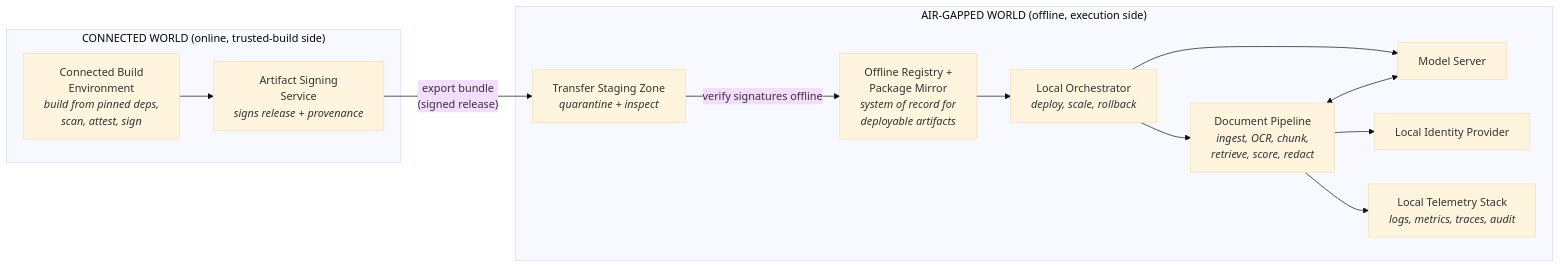
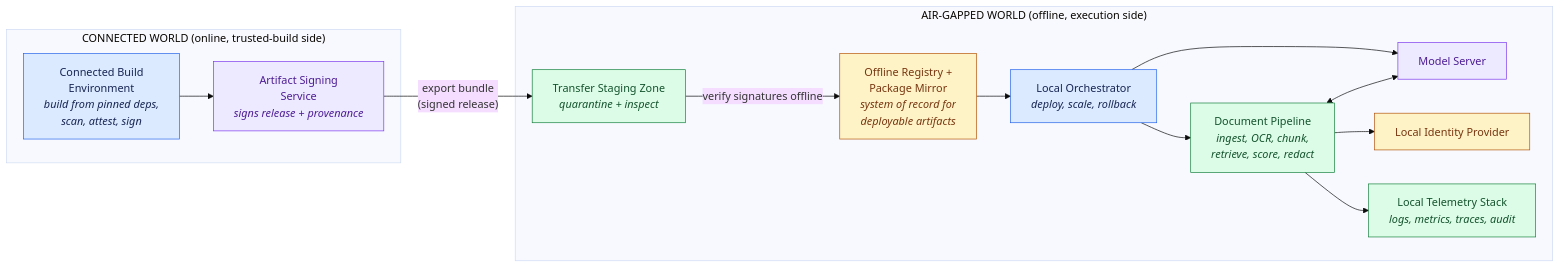
The first of 3 diagrams in site/content/modules/15-fde-case-studies/standalone-designs/air-gapped-ai-system/tutorial-v2-part-3.md (Sourav692/Forward-Deployed-Engineer-Interview-Prep), drawn with Mermaid (base theme) before and after one commit. The commit also changed other lines of this file and 1268 other files, not shown here.

First line of the commit message:
content: polish Casebook writing and Mermaid diagrams (#251)

````diff
--- a/site/content/modules/15-fde-case-studies/standalone-designs/air-gapped-ai-system/tutorial-v2-part-3.md
+++ b/site/content/modules/15-fde-case-studies/standalone-designs/air-gapped-ai-system/tutorial-v2-part-3.md
@@ -34,28 +34,38 @@
 ```mermaid
 flowchart LR
     subgraph Online["CONNECTED WORLD (online, trusted-build side)"]
         CBE["Connected Build<br/>Environment<br/><i>build from pinned deps,<br/>scan, attest, sign</i>"]
         ASS["Artifact Signing<br/>Service<br/><i>signs release + provenance</i>"]
         CBE --> ASS
     end
 
     ASS -- "export bundle<br/>(signed release)" --> TSZ
 
     subgraph Offline["AIR-GAPPED WORLD (offline, execution side)"]
         TSZ["Transfer Staging Zone<br/><i>quarantine + inspect</i>"]
         ORP["Offline Registry +<br/>Package Mirror<br/><i>system of record for<br/>deployable artifacts</i>"]
         LO["Local Orchestrator<br/><i>deploy, scale, rollback</i>"]
         MS["Model Server"]
         DP["Document Pipeline<br/><i>ingest, OCR, chunk,<br/>retrieve, score, redact</i>"]
         LIP["Local Identity Provider"]
         LTS["Local Telemetry Stack<br/><i>logs, metrics, traces, audit</i>"]
 
         TSZ -->|"verify signatures offline"| ORP
         ORP --> LO
         LO --> MS
         LO --> DP
         DP <--> MS
         DP --> LIP
         DP --> LTS
     end
+
+    %% Casebook colours: entry, reasoning, results, controls, and stopped paths.
+    classDef cbInput fill:#dbeafe,stroke:#2563eb,color:#172554
+    class CBE,LO cbInput
+    classDef cbReason fill:#ede9fe,stroke:#7c3aed,color:#4c1d95
+    class ASS,MS cbReason
+    classDef cbAction fill:#dcfce7,stroke:#15803d,color:#14532d
+    class TSZ,DP,LTS cbAction
+    classDef cbPolicy fill:#fef3c7,stroke:#b45309,color:#78350f
+    class ORP,LIP cbPolicy
 ```
````
